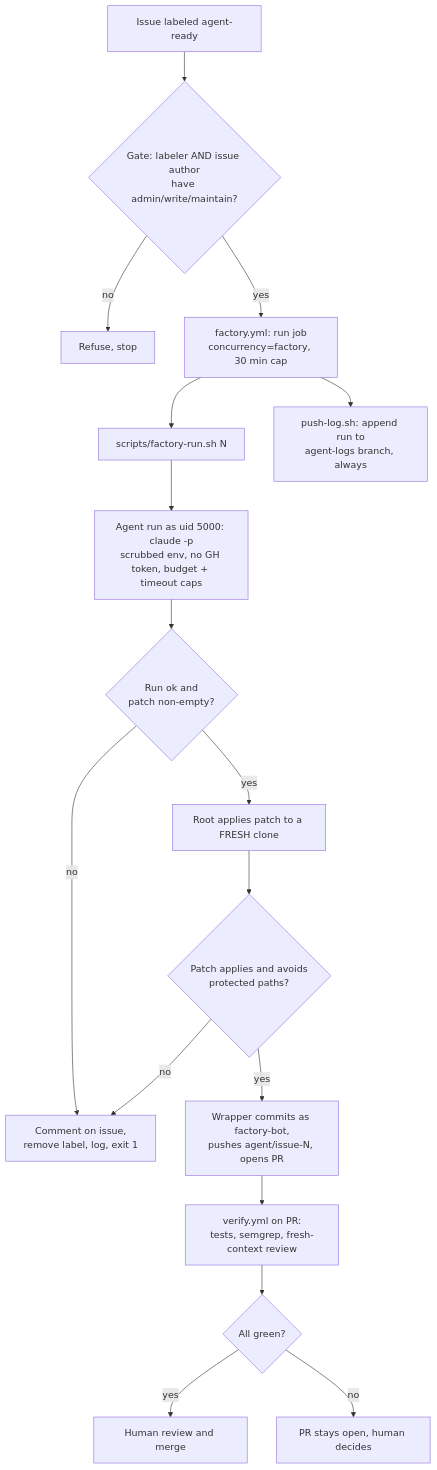
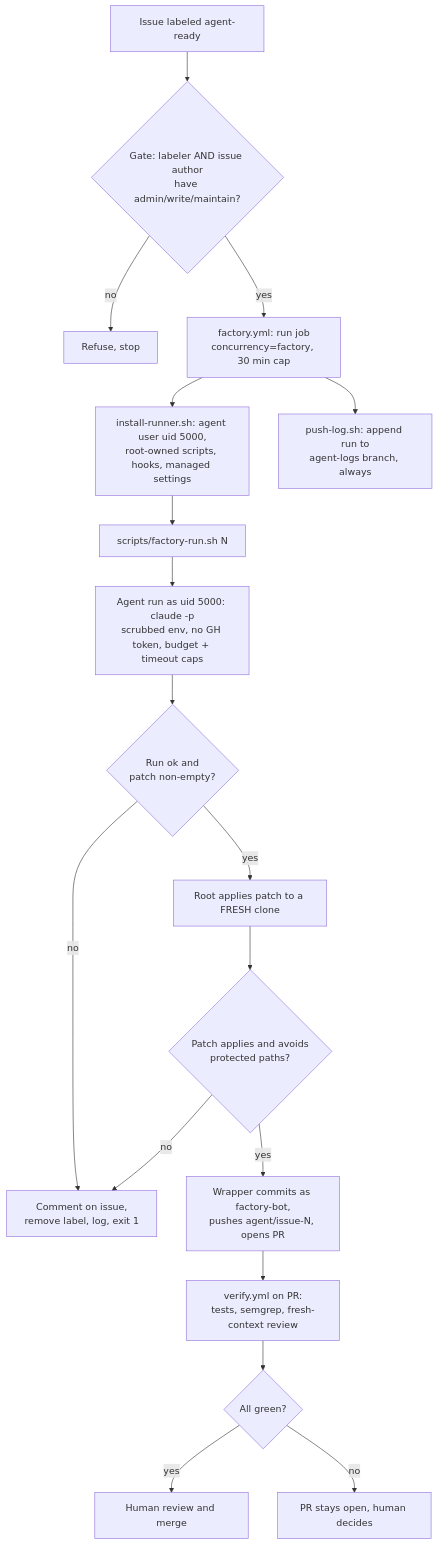
The first of 3 diagrams in README.md (fasoulas/factory-sandbox), drawn with Mermaid before and after one commit. The commit also changed other lines of this file, not shown here.

Commit message:
docs: README covers managed hooks, runner install and full installer file list (#29)

````diff
--- a/README.md
+++ b/README.md
@@ -13,19 +13,20 @@
 ```mermaid
 flowchart TD
     A[Issue labeled agent-ready] --> B{Gate: labeler AND issue author<br/>have admin/write/maintain?}
     B -- no --> X1[Refuse, stop]
     B -- yes --> C[factory.yml: run job<br/>concurrency=factory, 30 min cap]
-    C --> D[scripts/factory-run.sh N]
+    C --> C2[install-runner.sh: agent user uid 5000,<br/>root-owned scripts, hooks, managed settings]
+    C2 --> D[scripts/factory-run.sh N]
     D --> E[Agent run as uid 5000: claude -p<br/>scrubbed env, no GH token, budget + timeout caps]
     E --> F{Run ok and<br/>patch non-empty?}
     F -- no --> X2[Comment on issue,<br/>remove label, log, exit 1]
     F -- yes --> G[Root applies patch to a FRESH clone]
     G --> G2{Patch applies and avoids<br/>protected paths?}
     G2 -- no --> X2
     G2 -- yes --> H[Wrapper commits as factory-bot,<br/>pushes agent/issue-N, opens PR]
     H --> I[verify.yml on PR:<br/>tests, semgrep, fresh-context review]
     I --> J{All green?}
     J -- yes --> K[Human review and merge]
     J -- no --> L[PR stays open, human decides]
     C --> M[push-log.sh: append run to<br/>agent-logs branch, always]
 ```
````
